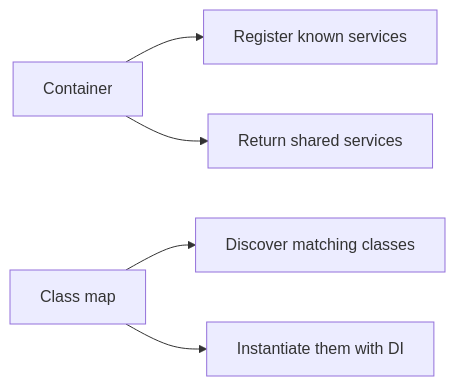
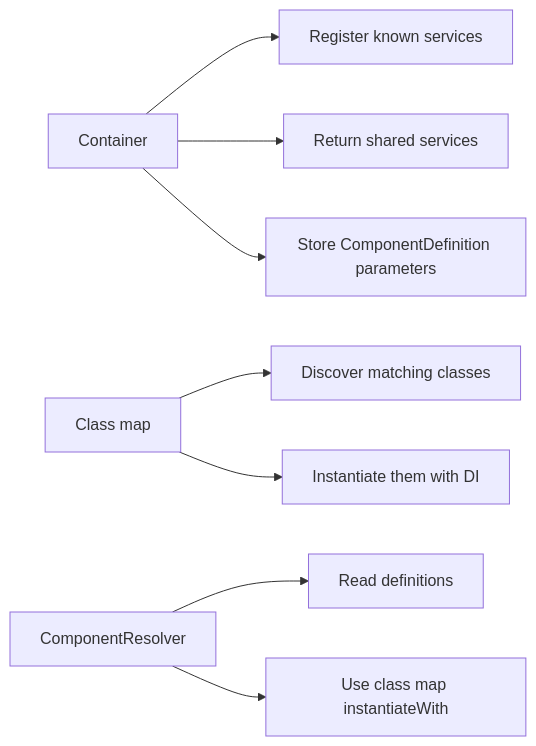
The fourth of 5 diagrams in docs/dependency-injection.md (ddbase3/Base3Framework), drawn with Mermaid before and after one commit. The commit also changed other lines of this file and 11 other files, not shown here.

Commit message:
feat: add component resolver for configured classmap instances

````diff
--- a/docs/dependency-injection.md
+++ b/docs/dependency-injection.md
@@ -492,8 +520,12 @@
 ```mermaid
 flowchart LR
 	A["Container"] --> A1["Register known services"]
 	A --> A2["Return shared services"]
+	A --> A3["Store ComponentDefinition parameters"]
 
 	B["Class map"] --> B1["Discover matching classes"]
 	B --> B2["Instantiate them with DI"]
+
+	C["ComponentResolver"] --> C1["Read definitions"]
+	C --> C2["Use class map instantiateWith"]
 ```
````
